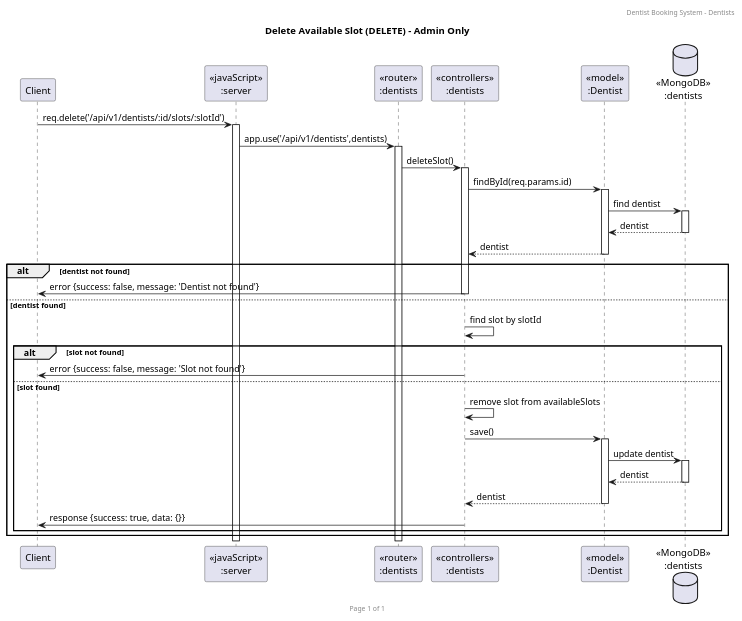
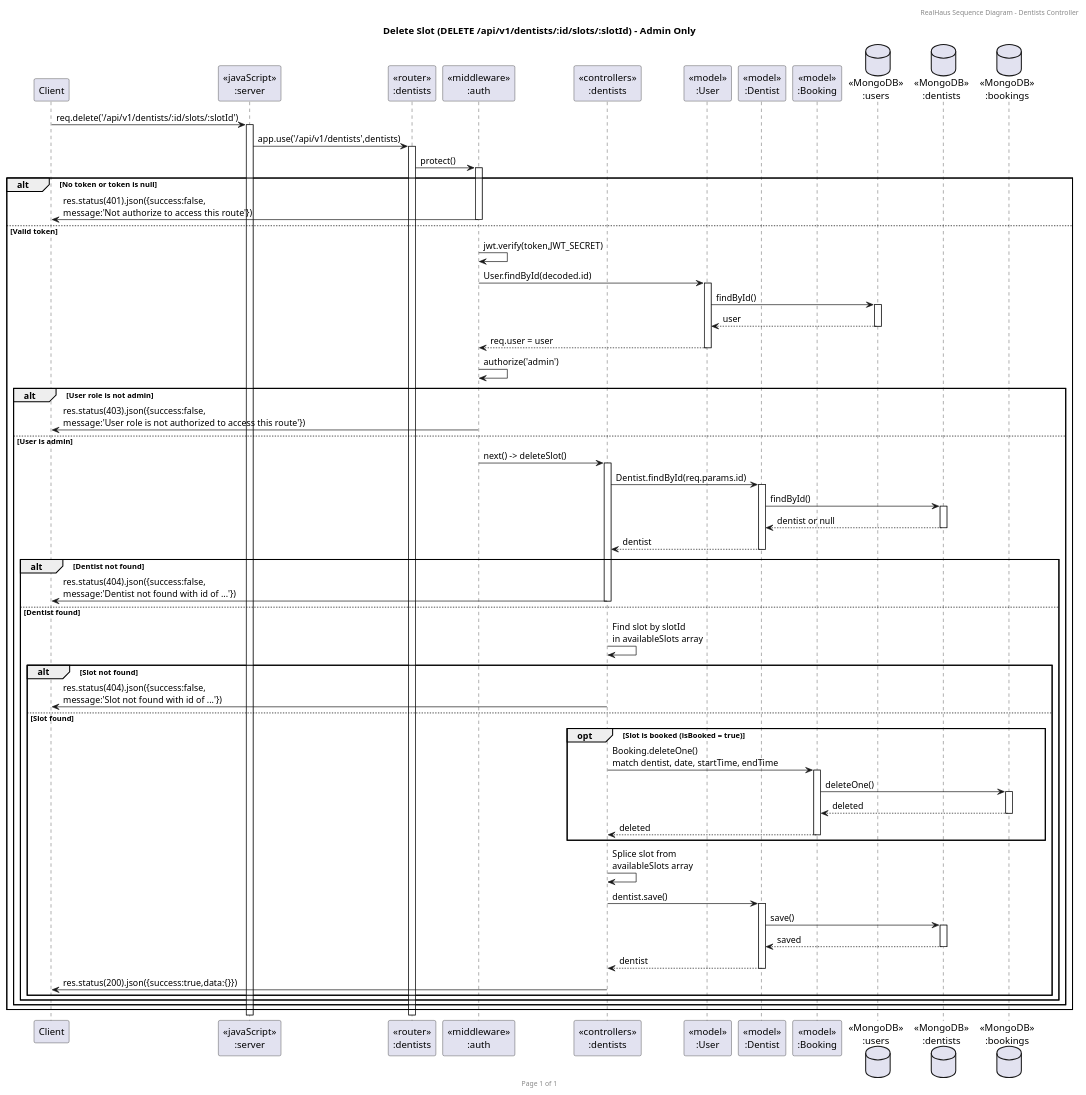
Before and after one commit to 2110503-CEDT68/se-project-be-68-2-haus89: the diagram in sequence-diagram/dentists/deleteSlot.puml, drawn with PlantUML. The commit also changed 31 other files, not shown here.

Commit message:
fix: update User scheme, controllers, routes and sequence-diagram

```diff
--- a/sequence-diagram/dentists/deleteSlot.puml
+++ b/sequence-diagram/dentists/deleteSlot.puml
@@ -1,40 +1,71 @@
-@startuml Delete Available Slot (DELETE)
+@startuml Delete Slot (DELETE)
 
-header Dentist Booking System - Dentists
+header RealHaus Sequence Diagram - Dentists Controller
 footer Page %page% of %lastpage%
-title "Delete Available Slot (DELETE) - Admin Only"
+title "Delete Slot (DELETE /api/v1/dentists/:id/slots/:slotId) - Admin Only"
 
 participant "Client" as client
 participant "<<javaScript>>\n:server" as server
 participant "<<router>>\n:dentists" as routerDentists
+participant "<<middleware>>\n:auth" as middlewareAuth
 participant "<<controllers>>\n:dentists" as controllersDentists
+participant "<<model>>\n:User" as modelUser
 participant "<<model>>\n:Dentist" as modelDentist
-database "<<MongoDB>>\n:dentists" as DentistsDatabase
+participant "<<model>>\n:Booking" as modelBooking
+database "<<MongoDB>>\n:users" as UsersDB
+database "<<MongoDB>>\n:dentists" as DentistsDB
+database "<<MongoDB>>\n:bookings" as BookingsDB
 
 client->server ++:req.delete('/api/v1/dentists/:id/slots/:slotId')
 server->routerDentists ++:app.use('/api/v1/dentists',dentists)
-routerDentists -> controllersDentists ++:deleteSlot()
-controllersDentists->modelDentist ++:findById(req.params.id)
-modelDentist ->DentistsDatabase ++: find dentist
-DentistsDatabase --> modelDentist --: dentist
-controllersDentists <-- modelDentist --:dentist
+routerDentists -> middlewareAuth ++:protect()
 
-alt dentist not found
-    controllersDentists->client --:error {success: false, message: 'Dentist not found'}
-else dentist found
-    controllersDentists->controllersDentists:find slot by slotId
-    
-    alt slot not found
-        controllersDentists->client --:error {success: false, message: 'Slot not found'}
-    else slot found
-        controllersDentists->controllersDentists:remove slot from availableSlots
-        controllersDentists->modelDentist ++:save()
-        modelDentist ->DentistsDatabase ++: update dentist
-        DentistsDatabase --> modelDentist --: dentist
-        controllersDentists <-- modelDentist --:dentist
-        
-        controllersDentists->client --:response {success: true, data: {}}
+alt No token or token is null
+    middlewareAuth->client --:res.status(401).json({success:false,\nmessage:'Not authorize to access this route'})
+else Valid token
+    middlewareAuth->middlewareAuth :jwt.verify(token,JWT_SECRET)
+    middlewareAuth->modelUser ++:User.findById(decoded.id)
+    modelUser->UsersDB ++: findById()
+    UsersDB-->modelUser --: user
+    middlewareAuth<--modelUser --:req.user = user
+    middlewareAuth -> middlewareAuth :authorize('admin')
+
+    alt User role is not admin
+        middlewareAuth->client --:res.status(403).json({success:false,\nmessage:'User role is not authorized to access this route'})
+    else User is admin
+        middlewareAuth -> controllersDentists ++:next() -> deleteSlot()
+
+        controllersDentists->modelDentist ++:Dentist.findById(req.params.id)
+        modelDentist->DentistsDB ++: findById()
+        DentistsDB-->modelDentist --: dentist or null
+        controllersDentists<--modelDentist --:dentist
+
+        alt Dentist not found
+            controllersDentists->client --:res.status(404).json({success:false,\nmessage:'Dentist not found with id of ...'})
+        else Dentist found
+            controllersDentists->controllersDentists :Find slot by slotId\nin availableSlots array
+
+            alt Slot not found
+                controllersDentists->client --:res.status(404).json({success:false,\nmessage:'Slot not found with id of ...'})
+            else Slot found
+                opt Slot is booked (isBooked = true)
+                    controllersDentists->modelBooking ++:Booking.deleteOne()\nmatch dentist, date, startTime, endTime
+                    modelBooking->BookingsDB ++: deleteOne()
+                    BookingsDB-->modelBooking --: deleted
+                    controllersDentists<--modelBooking --:deleted
+                end
+
+                controllersDentists->controllersDentists :Splice slot from\navailableSlots array
+
+                controllersDentists->modelDentist ++:dentist.save()
+                modelDentist->DentistsDB ++: save()
+                DentistsDB-->modelDentist --: saved
+                controllersDentists<--modelDentist --:dentist
+
+                controllersDentists->client --:res.status(200).json({success:true,data:{}})
+            end
+        end
     end
 end
 
 @enduml
```
